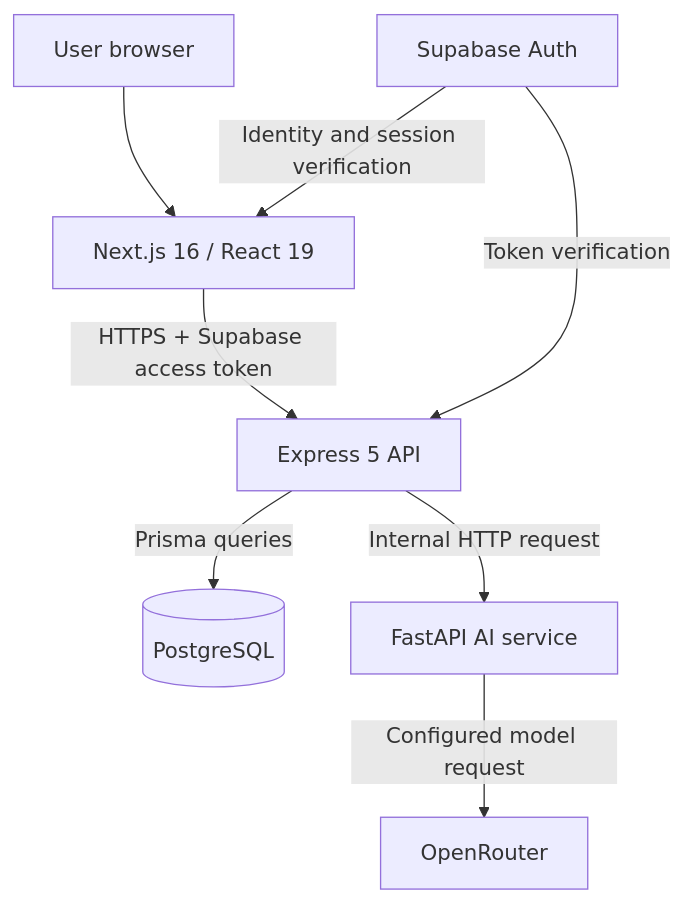
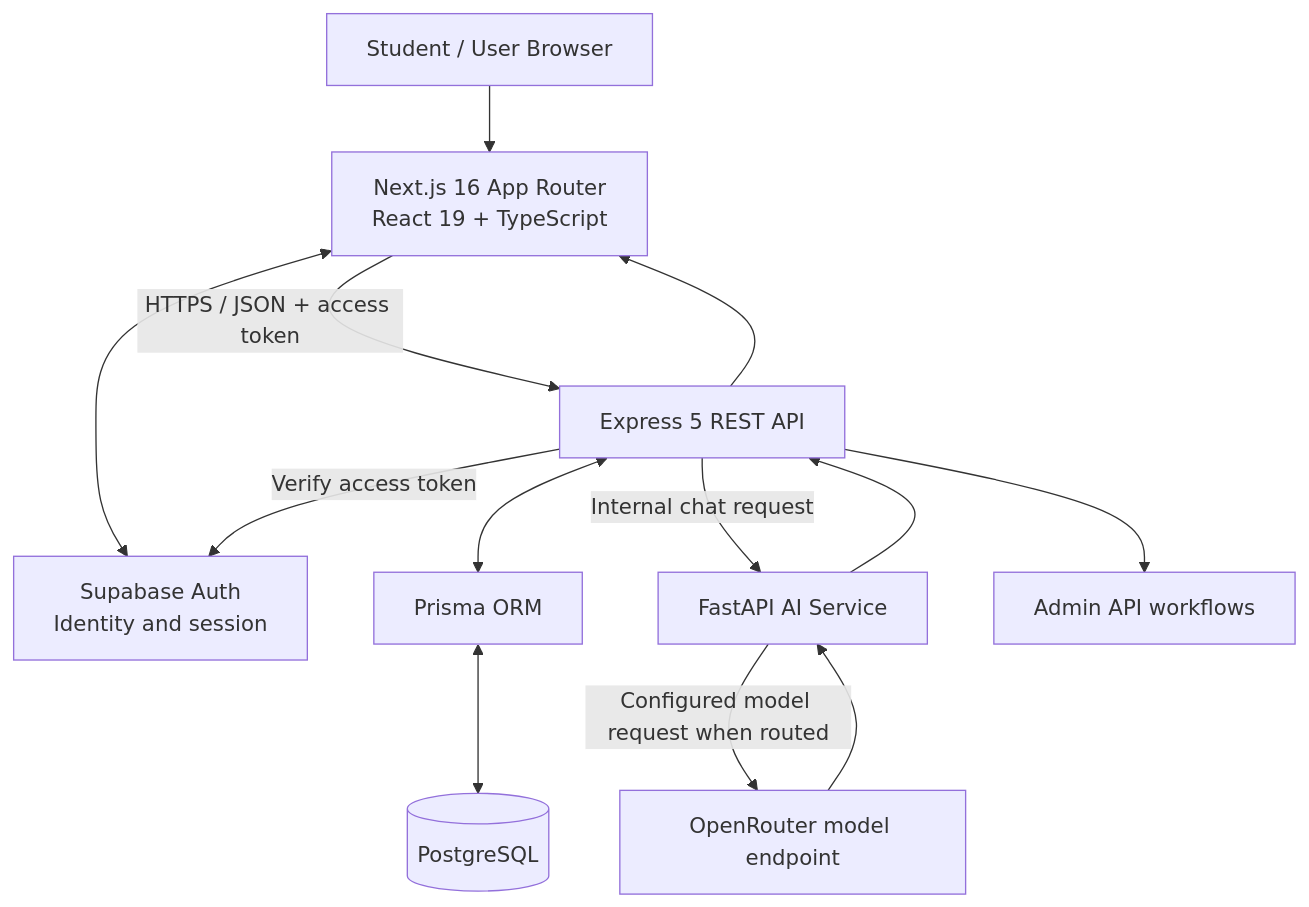
One commit to dhopavkarSujal/MindCare changed the diagram in README.md. Above: the diagram before and after it, drawn with Mermaid. The commit also changed other lines of this file, not shown here.

Commit message:
docs: rewrite MindCare V2 product and architecture README

````diff
--- a/README.md
+++ b/README.md
@@ -22,10 +25,25 @@
 ```mermaid
 flowchart TD
-  U[User browser] --> F[Next.js 16 / React 19]
-  F -->|HTTPS + Supabase access token| E[Express 5 API]
-  E -->|Prisma queries| DB[(PostgreSQL)]
-  E -->|Internal HTTP request| AI[FastAPI AI service]
-  AI -->|Configured model request| LLM[OpenRouter]
-  S[Supabase Auth] -->|Identity and session verification| F
-  S -->|Token verification| E
+    U[Student / User Browser]
+    FE[Next.js 16 App Router<br/>React 19 + TypeScript]
+    AUTH[Supabase Auth<br/>Identity and session]
+    API[Express 5 REST API]
+    DB[(PostgreSQL)]
+    ORM[Prisma ORM]
+    AI[FastAPI AI Service]
+    LLM[OpenRouter model endpoint]
+    ADMIN[Admin API workflows]
+
+    U --> FE
+    FE <--> AUTH
+    FE -->|HTTPS / JSON + access token| API
+    API -->|Verify access token| AUTH
+    API <--> ORM
+    ORM <--> DB
+    API -->|Internal chat request| AI
+    AI -->|Configured model request when routed| LLM
+    LLM --> AI
+    AI --> API
+    API --> FE
+    API --> ADMIN
 ```
````
